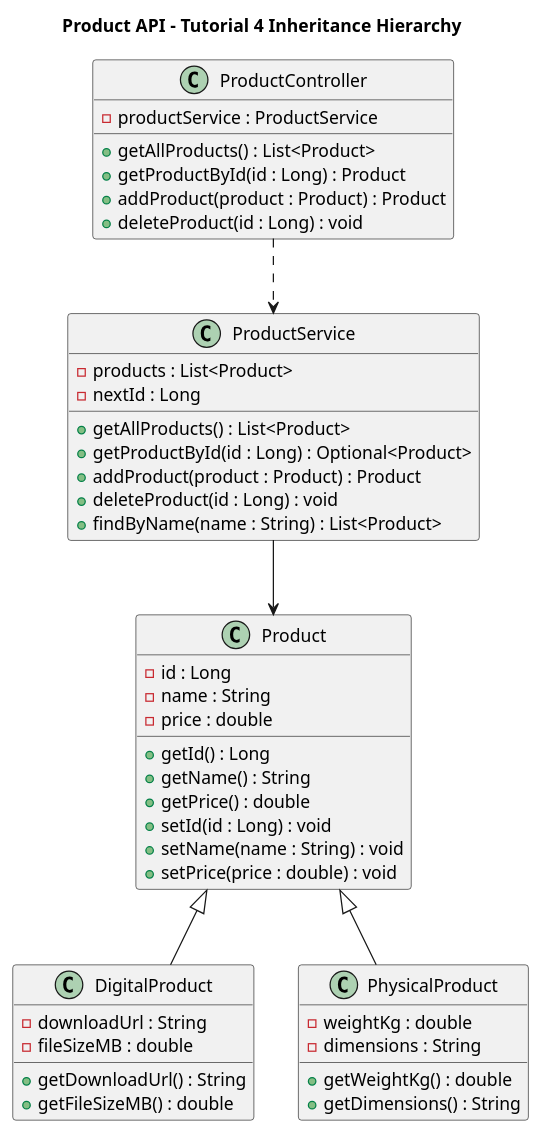
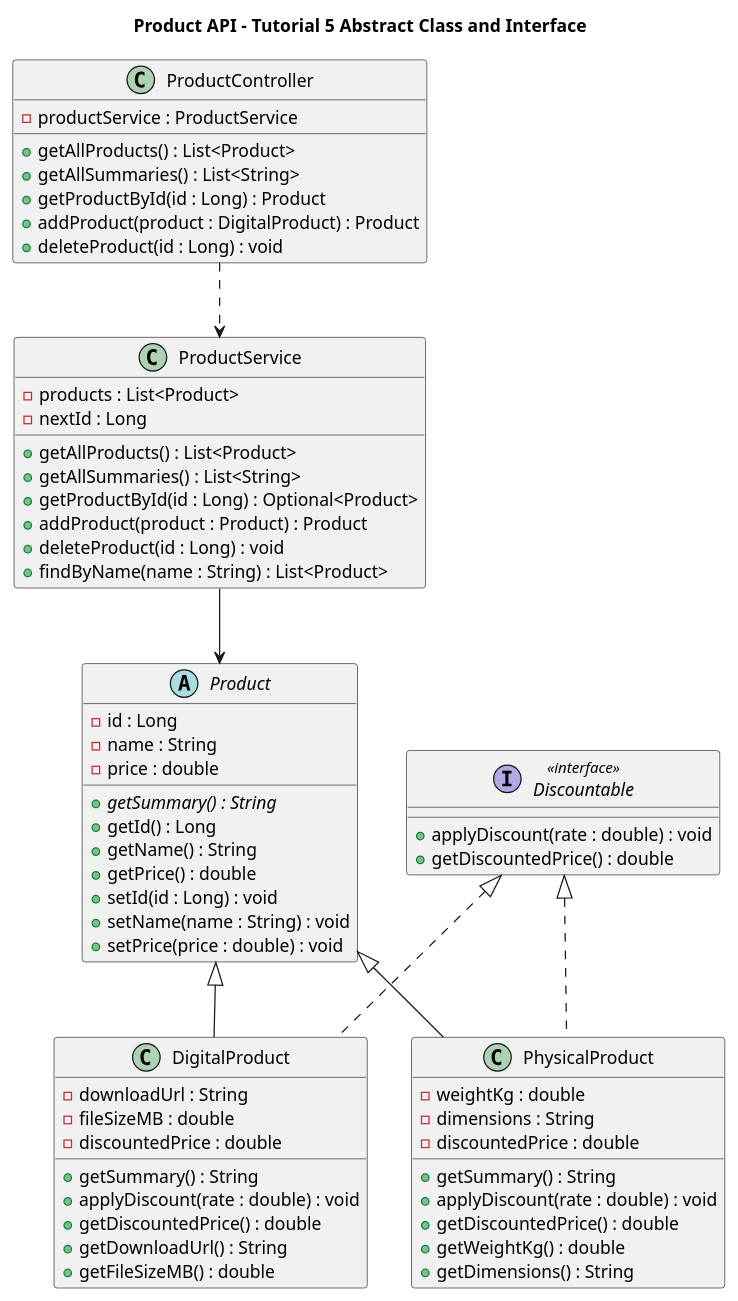
One commit to Thanu-05/products1 changed the diagram in docs/uml/Product.puml. Above: the diagram before and after it, drawn with PlantUML. The commit also changed 7 other files, not shown here.

```diff
--- a/docs/uml/Product.puml
+++ b/docs/uml/Product.puml
@@ -1,59 +1,79 @@
 @startuml
 
-title Product API - Tutorial 4 Inheritance Hierarchy
+title Product API - Tutorial 5 Abstract Class and Interface
 
-class Product {
+abstract class Product {
     - id : Long
     - name : String
     - price : double
+    + {abstract} getSummary() : String
     + getId() : Long
     + getName() : String
     + getPrice() : double
     + setId(id : Long) : void
     + setName(name : String) : void
     + setPrice(price : double) : void
 }
 
+interface Discountable <<interface>> {
+    + applyDiscount(rate : double) : void
+    + getDiscountedPrice() : double
+}
+
 class DigitalProduct {
     - downloadUrl : String
     - fileSizeMB : double
+    - discountedPrice : double
+    + getSummary() : String
+    + applyDiscount(rate : double) : void
+    + getDiscountedPrice() : double
     + getDownloadUrl() : String
     + getFileSizeMB() : double
 }
 
 class PhysicalProduct {
     - weightKg : double
     - dimensions : String
+    - discountedPrice : double
+    + getSummary() : String
+    + applyDiscount(rate : double) : void
+    + getDiscountedPrice() : double
     + getWeightKg() : double
     + getDimensions() : String
 }
 
 class ProductService {
     - products : List<Product>
     - nextId : Long
     + getAllProducts() : List<Product>
+    + getAllSummaries() : List<String>
     + getProductById(id : Long) : Optional<Product>
     + addProduct(product : Product) : Product
     + deleteProduct(id : Long) : void
     + findByName(name : String) : List<Product>
 }
 
 class ProductController {
     - productService : ProductService
     + getAllProducts() : List<Product>
+    + getAllSummaries() : List<String>
     + getProductById(id : Long) : Product
-    + addProduct(product : Product) : Product
+    + addProduct(product : DigitalProduct) : Product
     + deleteProduct(id : Long) : void
 }
 
-' Tutorial 4 - Inheritance relationships
+' <|-- generalisation (extends): SOLID line
 Product <|-- DigitalProduct
 Product <|-- PhysicalProduct
+
+' <|.. realisation (implements): DASHED line
+Discountable <|.. DigitalProduct
+Discountable <|.. PhysicalProduct
 
 ' Tutorial 3 - Dependency relationship
 ProductController ..> ProductService
 
 ' Tutorial 3 - Association relationship
 ProductService --> Product
 
 @enduml
```
